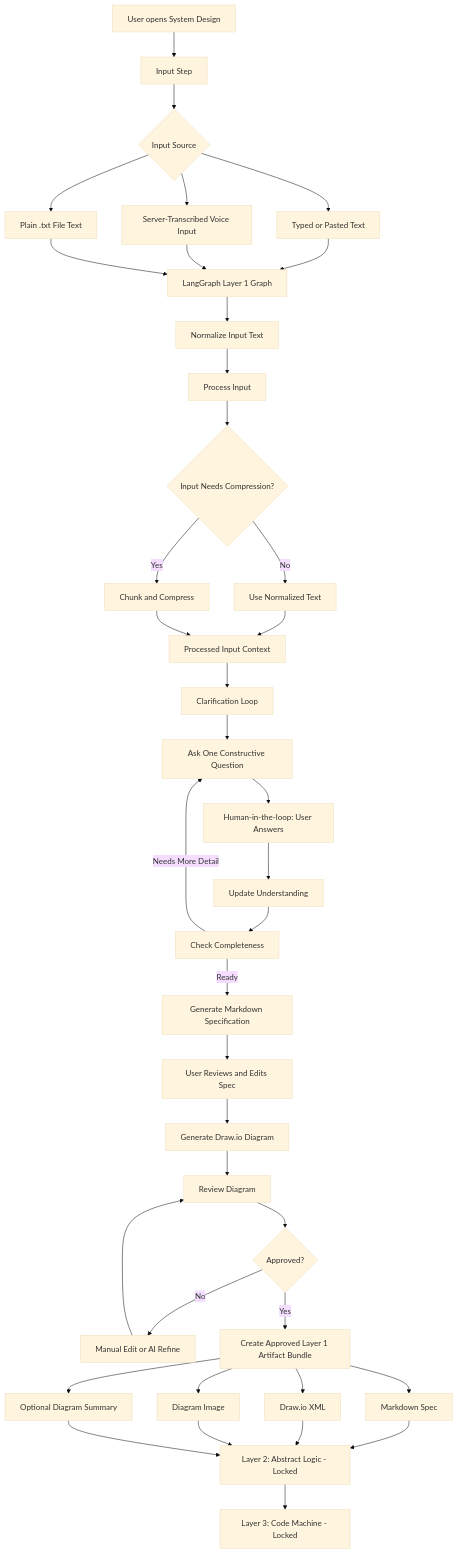
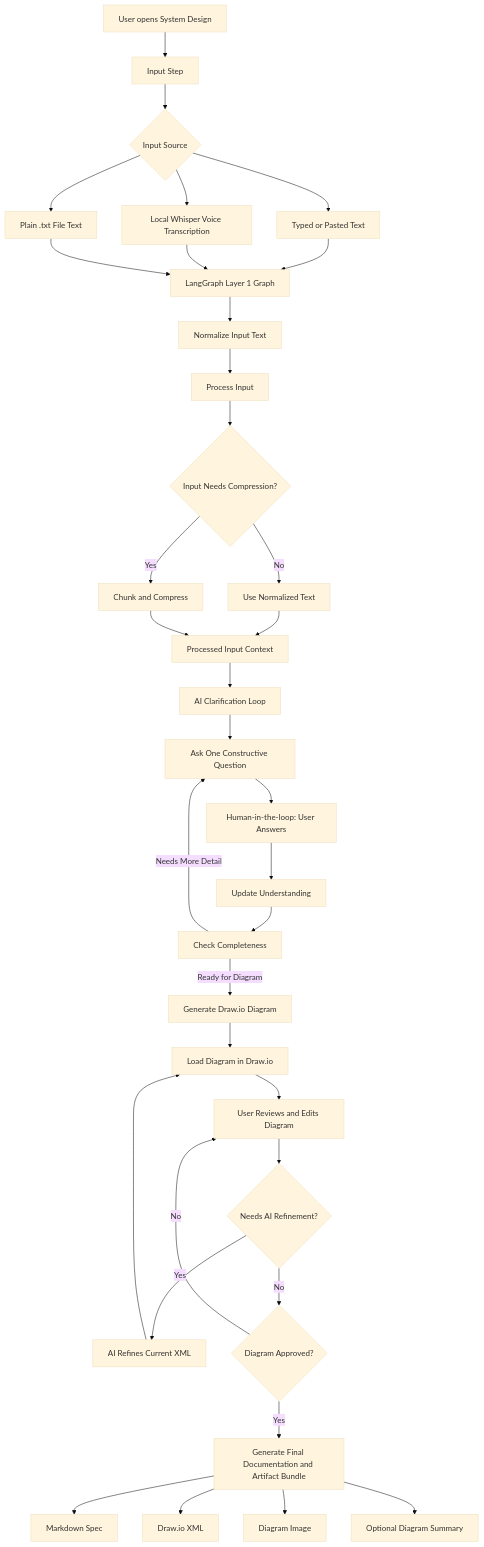
The second of 19 diagrams in Docs/system-design-detailed-plan.md (ProductMasterz/Mujarrad-Frontend), drawn with Mermaid (base theme) before and after one commit. The commit also changed other lines of this file, not shown here.

````diff
--- a/Docs/system-design-detailed-plan.md
+++ b/Docs/system-design-detailed-plan.md
@@ -226,51 +316,46 @@
 ```mermaid
 flowchart TD
     A[User opens System Design] --> B[Input Step]
 
     B --> C{Input Source}
     C --> C1[Typed or Pasted Text]
-    C --> C2[Server-Transcribed Voice Input]
+    C --> C2[Local Whisper Voice Transcription]
     C --> C3[Plain .txt File Text]
 
     C1 --> LG[LangGraph Layer 1 Graph]
     C2 --> LG
     C3 --> LG
 
     LG --> D[Normalize Input Text]
     D --> E[Process Input]
     E --> F{Input Needs Compression?}
     F -->|No| G[Use Normalized Text]
     F -->|Yes| H[Chunk and Compress]
     G --> I[Processed Input Context]
     H --> I
 
-    I --> J[Clarification Loop]
+    I --> J[AI Clarification Loop]
     J --> K[Ask One Constructive Question]
     K --> L[Human-in-the-loop: User Answers]
     L --> M[Update Understanding]
     M --> N[Check Completeness]
 
     N -->|Needs More Detail| K
-    N -->|Ready| O[Generate Markdown Specification]
+    N -->|Ready for Diagram| O[Generate Draw.io Diagram]
 
-    O --> P[User Reviews and Edits Spec]
-    P --> Q[Generate Draw.io Diagram]
-    Q --> R[Review Diagram]
+    O --> P[Load Diagram in Draw.io]
+    P --> Q[User Reviews and Edits Diagram]
 
-    R --> S{Approved?}
-    S -->|No| T[Manual Edit or AI Refine]
-    T --> R
-    S -->|Yes| U[Create Approved Layer 1 Artifact Bundle]
+    Q --> R{Needs AI Refinement?}
+    R -->|Yes| S[AI Refines Current XML]
+    S --> P
+    R -->|No| T{Diagram Approved?}
+
+    T -->|No| Q
+    T -->|Yes| U[Generate Final Documentation and Artifact Bundle]
 
     U --> U1[Markdown Spec]
     U --> U2[Draw.io XML]
     U --> U3[Diagram Image]
     U --> U4[Optional Diagram Summary]
-
-    U1 --> V[Layer 2: Abstract Logic - Locked]
-    U2 --> V
-    U3 --> V
-    U4 --> V
-
-    V --> W[Layer 3: Code Machine - Locked]
 ```
````
